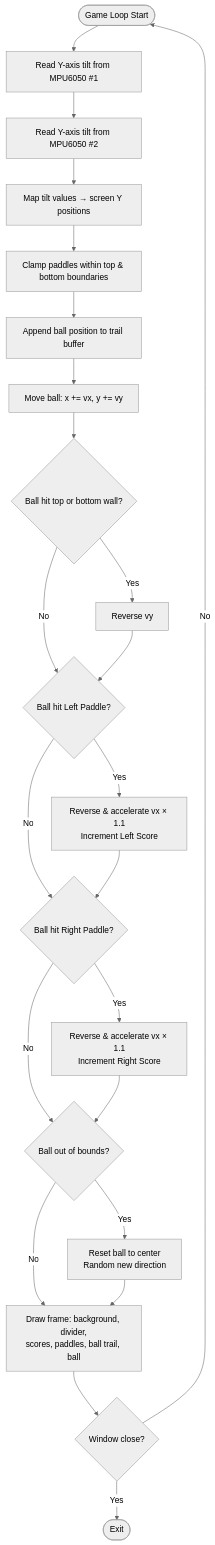
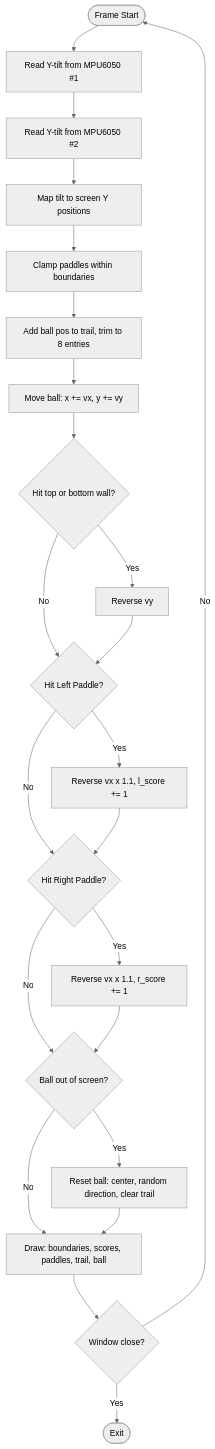
Before and after one commit to viraj-pradhan/SKILLLAB_PROR-2026-AirPaddle: the second of 3 diagrams in README.md, drawn with Mermaid (neutral theme). The commit also changed other lines of this file, not shown here.

````diff
--- a/README.md
+++ b/README.md
@@ -117,25 +270,25 @@
 ```mermaid
 flowchart TD
-    A([Game Loop Start]) --> B[Read Y-axis tilt from MPU6050 #1]
-    B --> C[Read Y-axis tilt from MPU6050 #2]
-    C --> D[Map tilt values → screen Y positions]
-    D --> E[Clamp paddles within top & bottom boundaries]
-    E --> F[Append ball position to trail buffer]
+    A([Frame Start]) --> B[Read Y-tilt from MPU6050 #1]
+    B --> C[Read Y-tilt from MPU6050 #2]
+    C --> D[Map tilt to screen Y positions]
+    D --> E[Clamp paddles within boundaries]
+    E --> F[Add ball pos to trail, trim to 8 entries]
     F --> G[Move ball: x += vx, y += vy]
-    G --> H{Ball hit top or bottom wall?}
+    G --> H{Hit top or bottom wall?}
     H -- Yes --> I[Reverse vy]
-    H -- No --> J{Ball hit Left Paddle?}
+    H -- No --> J{Hit Left Paddle?}
     I --> J
-    J -- Yes --> K[Reverse & accelerate vx × 1.1\nIncrement Left Score]
-    J -- No --> L{Ball hit Right Paddle?}
+    J -- Yes --> K[Reverse vx x 1.1, l_score += 1]
+    J -- No --> L{Hit Right Paddle?}
     K --> L
-    L -- Yes --> M[Reverse & accelerate vx × 1.1\nIncrement Right Score]
-    L -- No --> N{Ball out of bounds?}
+    L -- Yes --> M[Reverse vx x 1.1, r_score += 1]
+    L -- No --> N{Ball out of screen?}
     M --> N
-    N -- Yes --> O[Reset ball to center\nRandom new direction]
-    N -- No --> P[Draw frame: background, divider,\nscores, paddles, ball trail, ball]
+    N -- Yes --> O[Reset ball: center, random direction, clear trail]
+    N -- No --> P[Draw: boundaries, scores, paddles, trail, ball]
     O --> P
     P --> Q{Window close?}
     Q -- No --> A
     Q -- Yes --> R([Exit])
 ```
````
